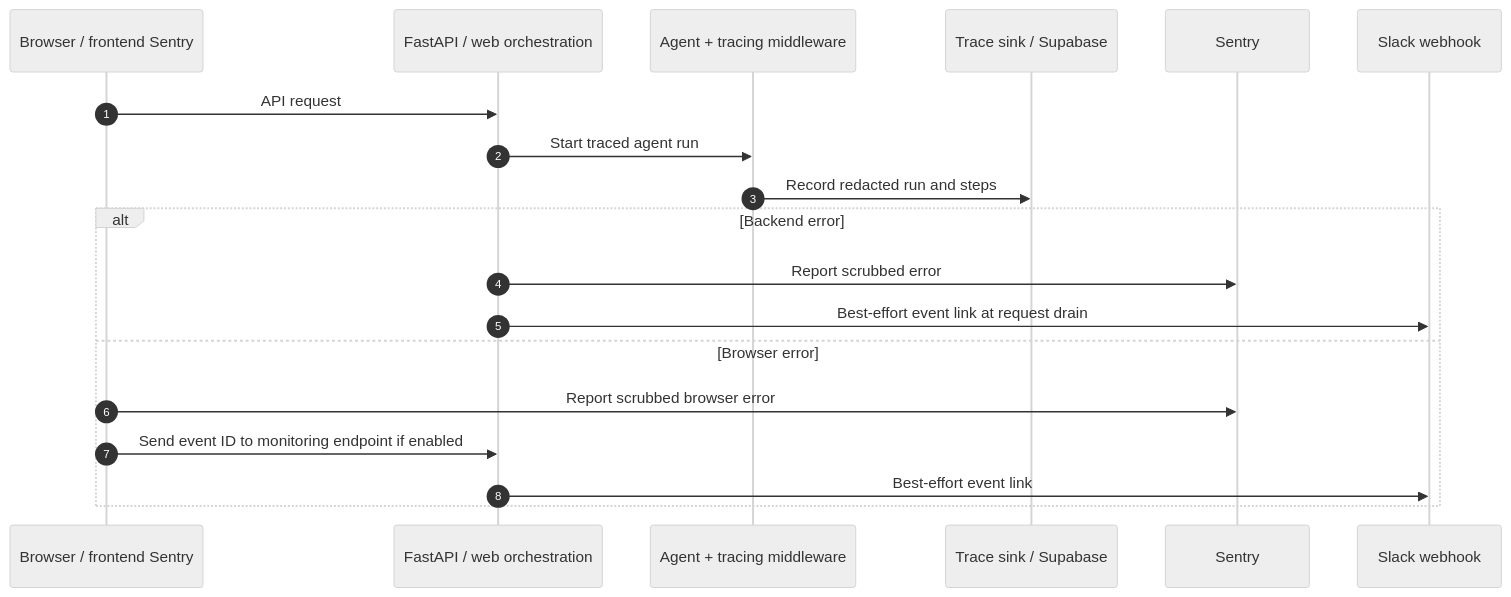
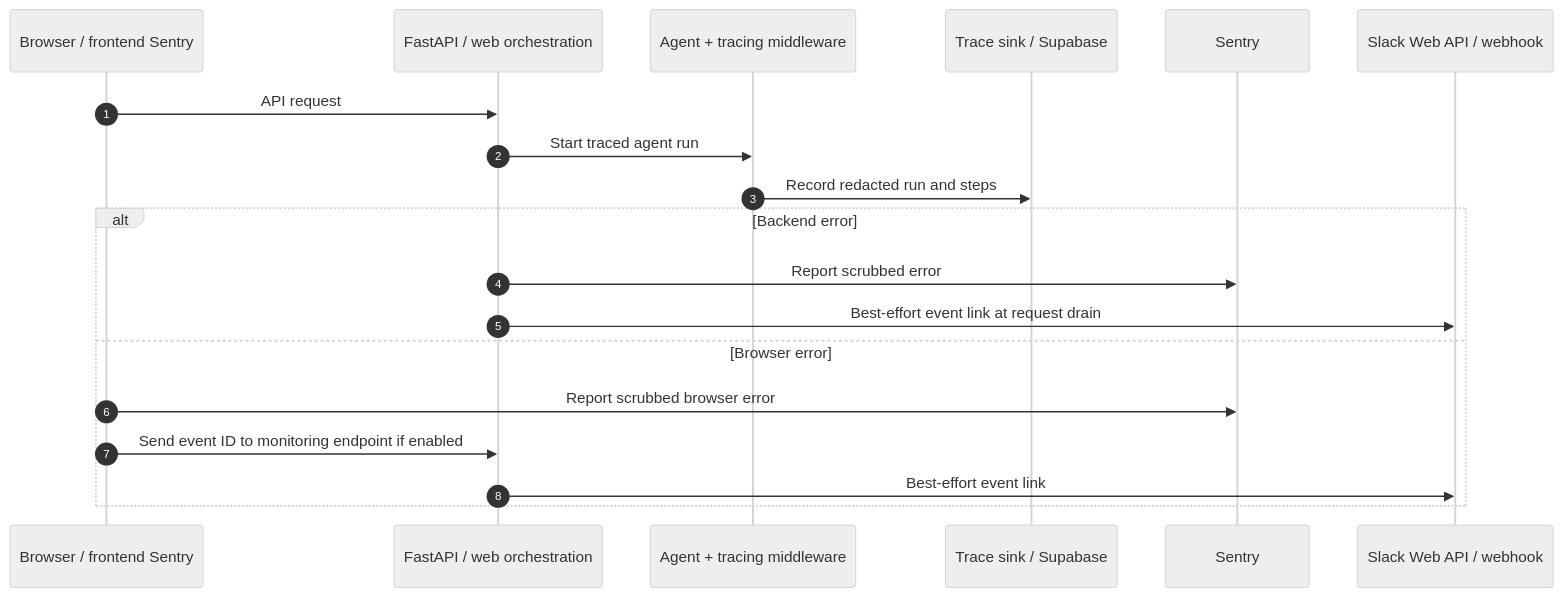
Before and after one commit to code0monkey1/invoice-dispute-agent: the seventh of 7 diagrams in README.md, drawn with Mermaid (neutral theme). The commit also changed other lines of this file, not shown here.

Commit message:
docs: describe Slack bot alert delivery

````diff
--- a/README.md
+++ b/README.md
@@ -236,21 +236,21 @@
 ```mermaid
 sequenceDiagram
     autonumber
     participant UI as Browser / frontend Sentry
     participant HTTP as FastAPI / web orchestration
     participant Agent as Agent + tracing middleware
     participant Trace as Trace sink / Supabase
     participant Sentry as Sentry
-    participant Slack as Slack webhook
+    participant Slack as Slack Web API / webhook
     UI->>HTTP: API request
     HTTP->>Agent: Start traced agent run
     Agent->>Trace: Record redacted run and steps
     alt Backend error
         HTTP->>Sentry: Report scrubbed error
         HTTP->>Slack: Best-effort event link at request drain
     else Browser error
         UI->>Sentry: Report scrubbed browser error
         UI->>HTTP: Send event ID to monitoring endpoint if enabled
         HTTP->>Slack: Best-effort event link
     end
 ```
````
